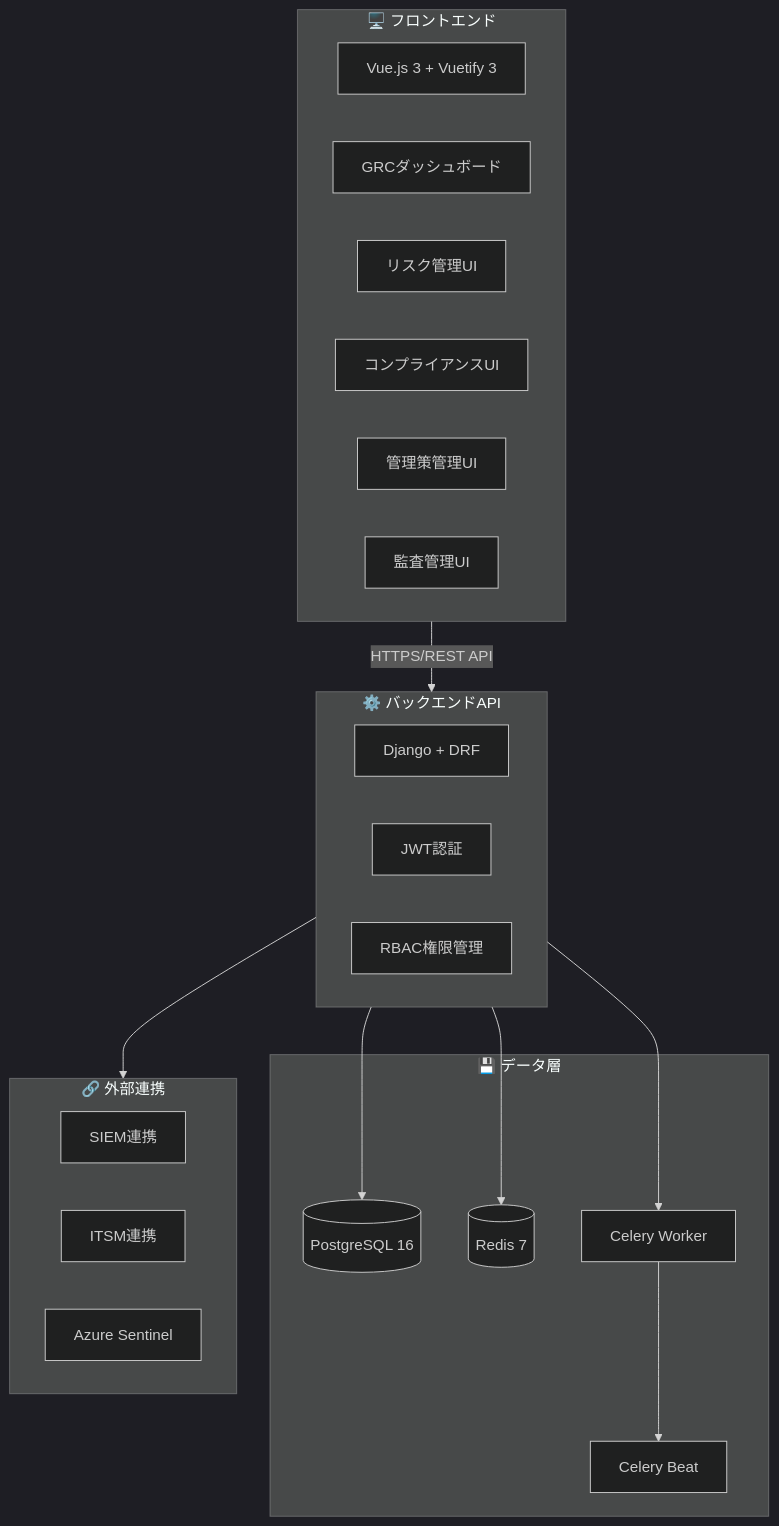
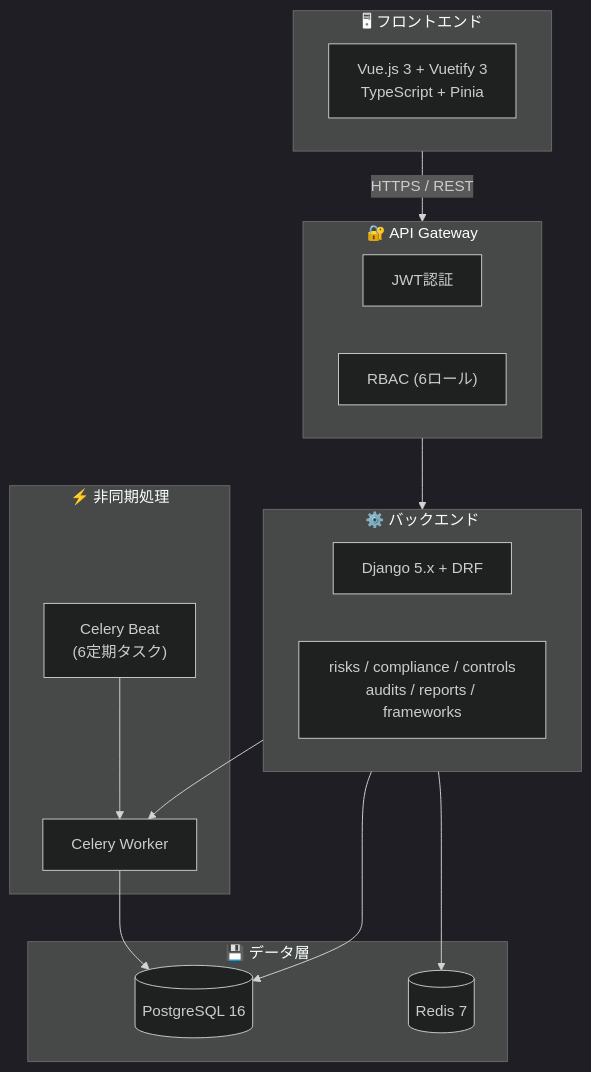
Before and after one commit to Kensan196948G/Construction-GRC-System: the first of 3 diagrams in README.md, drawn with Mermaid (dark theme). The commit also changed other lines of this file and 9 other files, not shown here.

````diff
--- a/README.md
+++ b/README.md
@@ -104,37 +50,34 @@
 ```mermaid
-graph TB
-    subgraph Frontend["🖥️ フロントエンド"]
-        VUE[Vue.js 3 + Vuetify 3]
-        DASH[GRCダッシュボード]
-        RISK_UI[リスク管理UI]
-        COMP_UI[コンプライアンスUI]
-        CTRL_UI[管理策管理UI]
-        AUD_UI[監査管理UI]
+graph TD
+    subgraph Frontend["🖥 フロントエンド"]
+        VUE["Vue.js 3 + Vuetify 3<br/>TypeScript + Pinia"]
     end
 
-    subgraph Backend["⚙️ バックエンドAPI"]
-        DJANGO[Django + DRF]
-        JWT[JWT認証]
-        RBAC[RBAC権限管理]
+    subgraph API["🔐 API Gateway"]
+        JWT["JWT認証"]
+        RBAC["RBAC (6ロール)"]
+    end
+
+    subgraph Backend["⚙️ バックエンド"]
+        DJANGO["Django 5.x + DRF"]
+        APPS["risks / compliance / controls<br/>audits / reports / frameworks"]
+    end
+
+    subgraph Workers["⚡ 非同期処理"]
+        CELERY["Celery Worker"]
+        BEAT["Celery Beat<br/>(6定期タスク)"]
     end
 
     subgraph Data["💾 データ層"]
-        PG[(PostgreSQL 16)]
-        REDIS[(Redis 7)]
-        CELERY[Celery Worker]
-        BEAT[Celery Beat]
+        PG[("PostgreSQL 16")]
+        REDIS[("Redis 7")]
     end
 
-    subgraph External["🔗 外部連携"]
-        SIEM[SIEM連携]
-        ITSM[ITSM連携]
-        SENTINEL[Azure Sentinel]
-    end
-
-    Frontend -->|HTTPS/REST API| Backend
+    Frontend -->|HTTPS / REST| API
+    API --> Backend
     Backend --> PG
     Backend --> REDIS
     Backend --> CELERY
-    CELERY --> BEAT
-    Backend --> External
+    BEAT --> CELERY
+    CELERY --> PG
 ```
````
